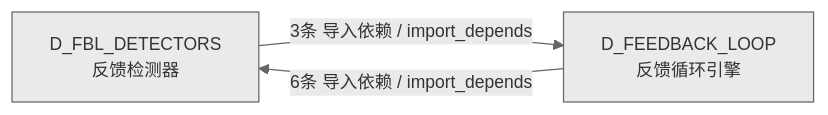
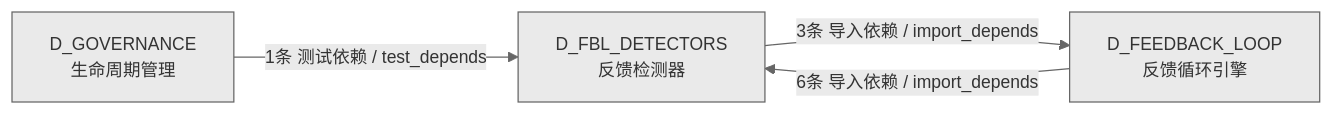
One commit to xuanFelixVan/ZephyrAlpha changed the third of 3 diagrams in docs/02_enterprise_architecture/02_domain_architecture_docs/15_d_fbl_detectors.md. Above: the diagram before and after it, drawn with Mermaid. The commit also changed other lines of this file and 45 other files, not shown here.

````diff
--- a/docs/02_enterprise_architecture/02_domain_architecture_docs/15_d_fbl_detectors.md
+++ b/docs/02_enterprise_architecture/02_domain_architecture_docs/15_d_fbl_detectors.md
@@ -385,8 +388,10 @@
 ```mermaid
 %%{init: {'theme': 'base', 'themeVariables': {'primaryColor': '#eaeaea', 'primaryTextColor': '#333333', 'primaryBorderColor': '#666666', 'lineColor': '#666666', 'secondaryColor': '#eaeaea', 'tertiaryColor': '#eaeaea', 'fontSize': '14px'}}}%%
 graph LR
     D_FBL_DETECTORS["D_FBL_DETECTORS<br/>反馈检测器"]
     D_FEEDBACK_LOOP["D_FEEDBACK_LOOP<br/>反馈循环引擎"]
+    D_GOVERNANCE["D_GOVERNANCE<br/>生命周期管理"]
     D_FBL_DETECTORS -->|3条 导入依赖 / import_depends| D_FEEDBACK_LOOP
     D_FEEDBACK_LOOP -->|6条 导入依赖 / import_depends| D_FBL_DETECTORS
+    D_GOVERNANCE -->|1条 测试依赖 / test_depends| D_FBL_DETECTORS
 ```
````
